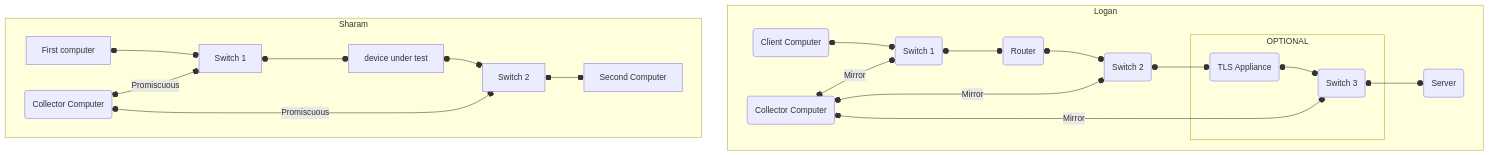
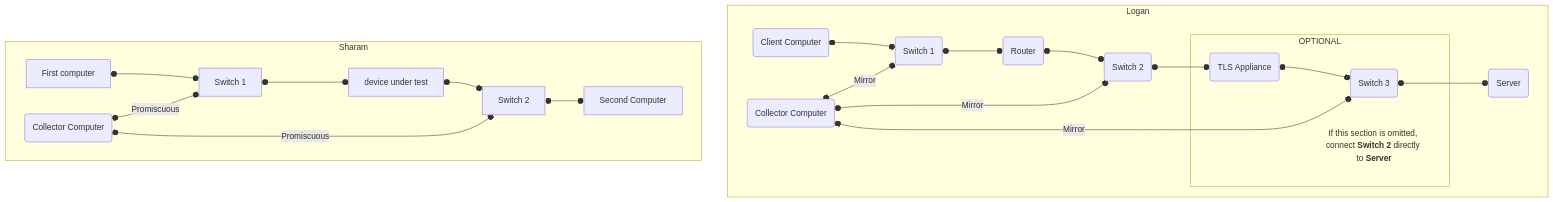
The diagram in README.md (illinoisrobert/illinoisrobert.github.io), drawn with Mermaid before and after one commit.

Commit message:
Update README.md
Add description to node "optional"

````diff
--- a/README.md
+++ b/README.md
@@ -3,28 +3,28 @@
 ```mermaid
 flowchart TD
   subgraph Logan
         client o--o switch1 o--o router o--o switch2 o--o tls o--o switch3 o--o server
         switch2("Switch 2")
         switch1("Switch 1")
     subgraph OPTIONAL
+        explain@{shape: text, label: "If this section is omitted, connect **Switch 2** directly to **Server**"}
         switch3("Switch 3")
         tls("TLS Appliance")
     end
         server("Server")
         router("Router")
         client("Client Computer")
     collector("Collector Computer") o-- Mirror --o switch1 & switch2 & switch3   
   end
-
   subgraph Sharam
         computer1["First computer"] o--o sswitch1[Switch 1] o--o dut["device under test"] o--o sswitch2[Switch 2] o--o computer2["Second Computer"] 
         switch3("Switch 3")
         switch2("Switch 2")
         switch1("Switch 1")
         server("Server")
         tls("TLS Appliance")
         router("Router")
         client("Client Computer")
     scollector("Collector Computer") o-- Promiscuous --o sswitch1 & sswitch2   
   end
 ```
````
